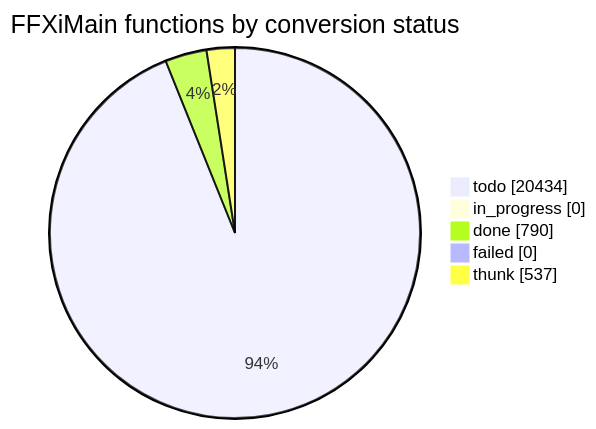
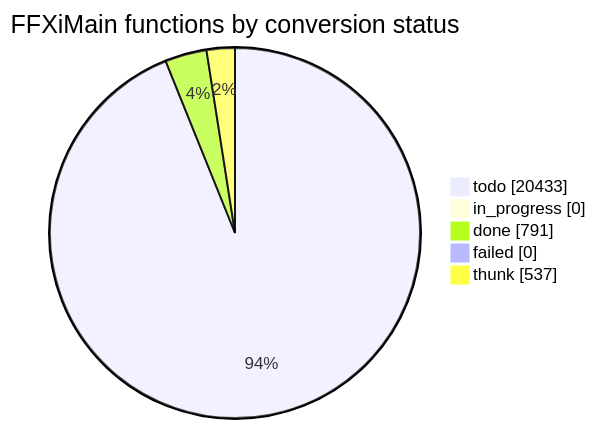
One commit to cowrevenge/cow_kuluu_xi_anything changed the diagram in docs/cow/STATUS.md. Above: the diagram before and after it, drawn with Mermaid. The commit also changed other lines of this file and 9 other files, not shown here.

````diff
--- a/docs/cow/STATUS.md
+++ b/docs/cow/STATUS.md
@@ -18,9 +18,9 @@
 ```mermaid
 pie showData
     title FFXiMain functions by conversion status
-    "todo" : 20434
+    "todo" : 20433
     "in_progress" : 0
-    "done" : 790
+    "done" : 791
     "failed" : 0
     "thunk" : 537
 ```
````
